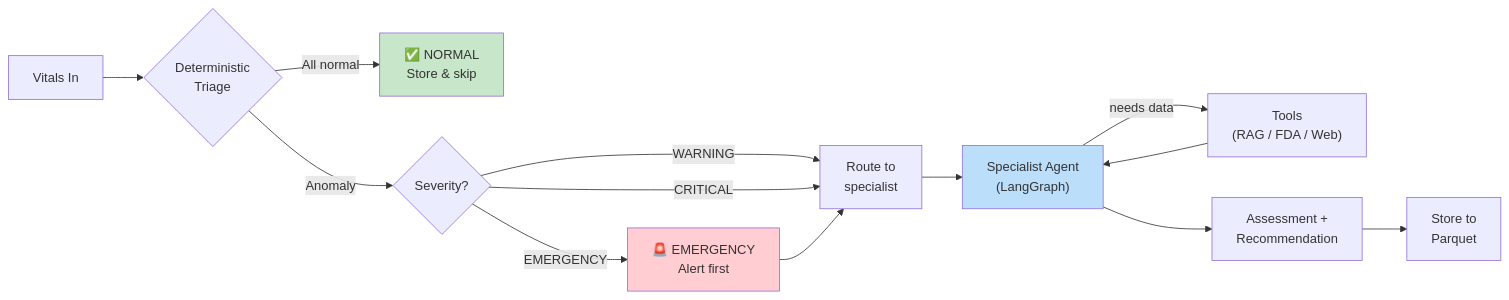
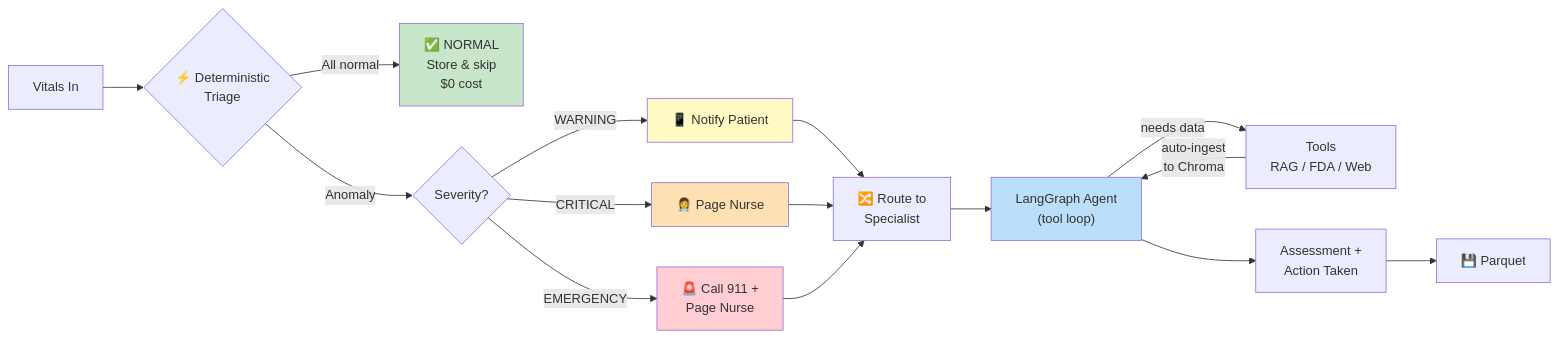
Before and after one commit to maiduydung/medical-agents: the second of 4 diagrams in README.md, drawn with Mermaid. The commit also changed other lines of this file and 4 other files, not shown here.

First line of the commit message:
Add action escalation matrix, FDA auto-ingest, and FigJam diagram

````diff
--- a/README.md
+++ b/README.md
@@ -71,20 +82,26 @@
 ```mermaid
 flowchart LR
-    V["Vitals In"] --> T{"Deterministic<br/>Triage"}
-    T -->|"All normal"| N["✅ NORMAL<br/>Store & skip"]
+    V["Vitals In"] --> T{"⚡ Deterministic<br/>Triage"}
+    T -->|"All normal"| N["✅ NORMAL<br/>Store & skip<br/>$0 cost"]
     T -->|"Anomaly"| S{"Severity?"}
 
-    S -->|"WARNING"| A["Route to<br/>specialist"]
-    S -->|"CRITICAL"| A
-    S -->|"EMERGENCY"| E["🚨 EMERGENCY<br/>Alert first"] --> A
+    S -->|"WARNING"| W["📱 Notify Patient"]
+    S -->|"CRITICAL"| C["👩‍⚕️ Page Nurse"]
+    S -->|"EMERGENCY"| E["🚨 Call 911 +<br/>Page Nurse"]
 
-    A --> Agent["Specialist Agent<br/>(LangGraph)"]
-    Agent -->|"needs data"| Tools["Tools<br/>(RAG / FDA / Web)"]
-    Tools --> Agent
-    Agent --> Assessment["Assessment +<br/>Recommendation"]
-    Assessment --> Store["Store to<br/>Parquet"]
+    W --> R["🔀 Route to<br/>Specialist"]
+    C --> R
+    E --> R
+
+    R --> Agent["LangGraph Agent<br/>(tool loop)"]
+    Agent -->|"needs data"| Tools["Tools<br/>RAG / FDA / Web"]
+    Tools -->|"auto-ingest<br/>to Chroma"| Agent
+    Agent --> Out["Assessment +<br/>Action Taken"]
+    Out --> Store["💾 Parquet"]
 
     style N fill:#c8e6c9
+    style W fill:#fff9c4
+    style C fill:#ffe0b2
     style E fill:#ffcdd2
     style Agent fill:#bbdefb
 ```
````
